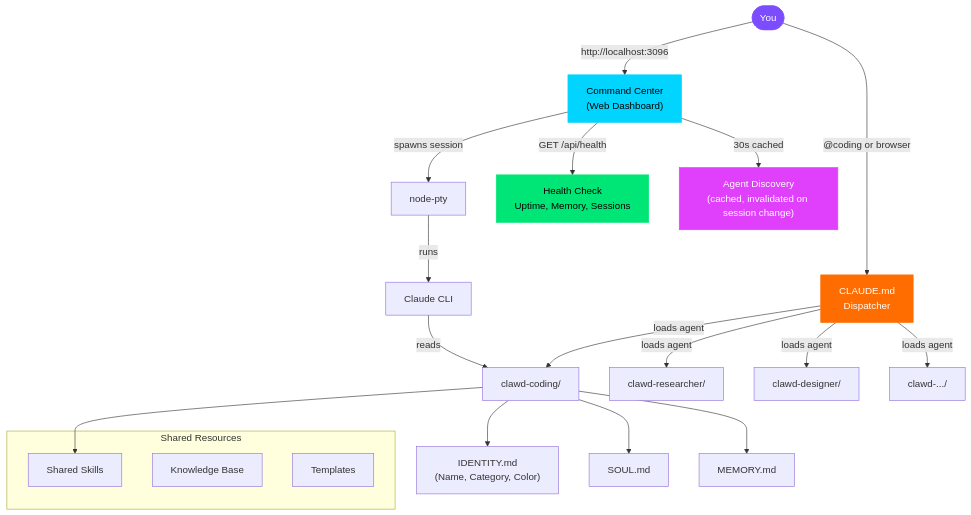
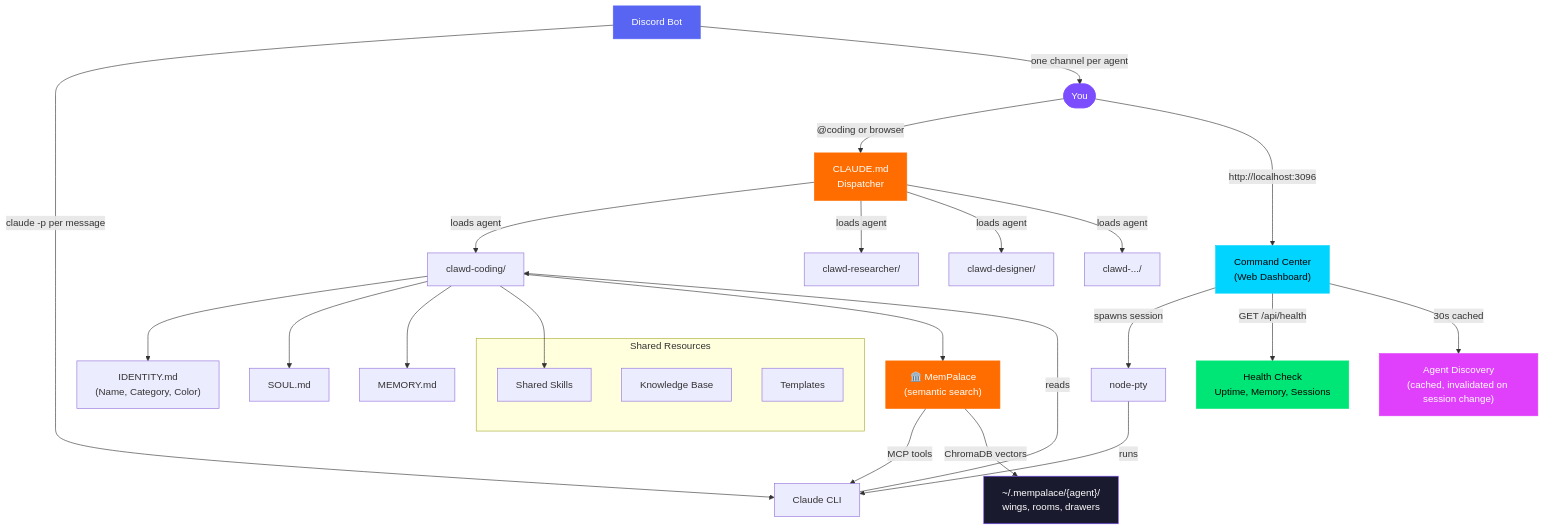
The first of 2 diagrams in README.md (Source-Code-Alpha/ClawHive), drawn with Mermaid before and after one commit. The commit also changed other lines of this file and 2 other files, not shown here.

First line of the commit message:
feat: MemPalace semantic memory integration

````diff
--- a/README.md
+++ b/README.md
@@ -161,34 +162,44 @@
 ```mermaid
 graph TB
     User([You]) -->|"@coding" or browser| Dispatcher["CLAUDE.md<br/>Dispatcher"]
     User -->|http://localhost:3096| Dashboard["Command Center<br/>(Web Dashboard)"]
 
     Dispatcher -->|loads agent| W1["clawd-coding/"]
     Dispatcher -->|loads agent| W2["clawd-researcher/"]
     Dispatcher -->|loads agent| W3["clawd-designer/"]
     Dispatcher -->|loads agent| WN["clawd-.../"]
 
     Dashboard -->|spawns session| PTY["node-pty"]
     PTY -->|runs| Claude["Claude CLI"]
     Claude -->|reads| W1
 
     Dashboard -->|"GET /api/health"| Health["Health Check<br/>Uptime, Memory, Sessions"]
     Dashboard -->|"30s cached"| AgentCache["Agent Discovery<br/>(cached, invalidated on session change)"]
 
     W1 --> ID["IDENTITY.md<br/>(Name, Category, Color)"]
     W1 --> SOUL["SOUL.md"]
     W1 --> MEM["MEMORY.md"]
     W1 --> SK["Shared Skills"]
+    W1 --> MP["🏛️ MemPalace<br/>(semantic search)"]
+
+    MP -->|"MCP tools"| Claude
+    MP -->|"ChromaDB vectors"| Palace["~/.mempalace/{agent}/<br/>wings, rooms, drawers"]
+
+    Discord["Discord Bot"] -->|"claude -p per message"| Claude
+    Discord -->|"one channel per agent"| User
 
     subgraph "Shared Resources"
         SK
         KB["Knowledge Base"]
         TPL["Templates"]
     end
 
     style User fill:#7c4dff,color:#fff,stroke:#7c4dff
     style Dashboard fill:#00d4ff,color:#000,stroke:#00d4ff
     style Dispatcher fill:#ff6d00,color:#fff,stroke:#ff6d00
     style Health fill:#00e676,color:#000,stroke:#00e676
     style AgentCache fill:#e040fb,color:#fff,stroke:#e040fb
+    style MP fill:#ff6d00,color:#fff,stroke:#ff6d00
+    style Palace fill:#1a1a2e,color:#fff,stroke:#7c4dff
+    style Discord fill:#5865F2,color:#fff,stroke:#5865F2
 ```
````
